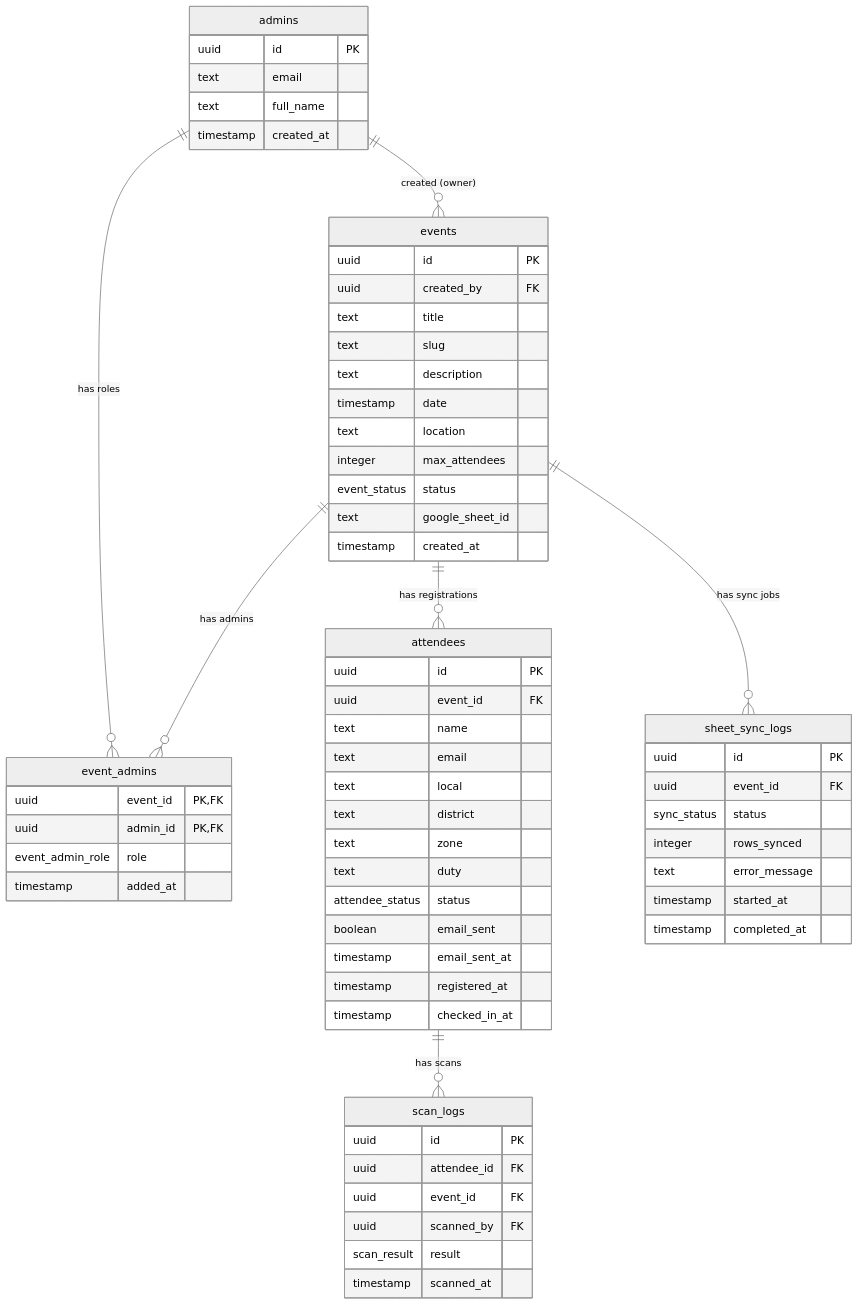
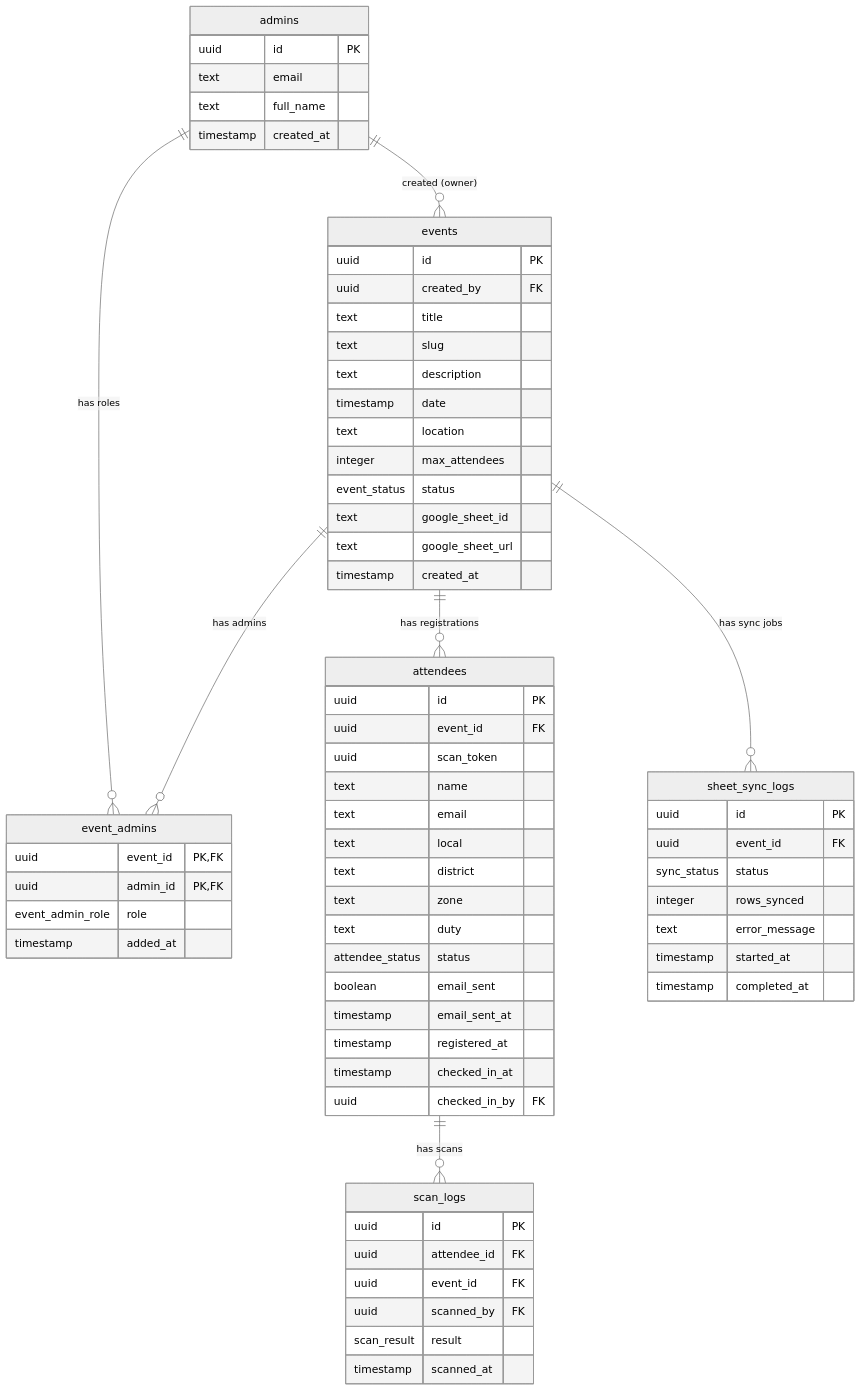
The diagram in docs/database-schema.md (christian1202/FlowCheck), drawn with Mermaid (neutral theme) before and after one commit. The commit also changed other lines of this file and 26 other files, not shown here.

````diff
--- a/docs/database-schema.md
+++ b/docs/database-schema.md
@@ -9,72 +9,75 @@
 ```mermaid
 erDiagram
     admins ||--o{ event_admins : "has roles"
     events ||--o{ event_admins : "has admins"
     events ||--o{ attendees : "has registrations"
     events ||--o{ sheet_sync_logs : "has sync jobs"
     attendees ||--o{ scan_logs : "has scans"
     admins ||--o{ events : "created (owner)"
 
     admins {
         uuid id PK
         text email
         text full_name
         timestamp created_at
     }
 
     events {
         uuid id PK
         uuid created_by FK
         text title
         text slug
         text description
         timestamp date
         text location
         integer max_attendees
         event_status status
         text google_sheet_id
+        text google_sheet_url
         timestamp created_at
     }
 
     event_admins {
         uuid event_id PK, FK
         uuid admin_id PK, FK
         event_admin_role role
         timestamp added_at
     }
 
     attendees {
         uuid id PK
         uuid event_id FK
+        uuid scan_token
         text name
         text email
         text local
         text district
         text zone
         text duty
         attendee_status status
         boolean email_sent
         timestamp email_sent_at
         timestamp registered_at
         timestamp checked_in_at
+        uuid checked_in_by FK
     }
 
     scan_logs {
         uuid id PK
         uuid attendee_id FK
         uuid event_id FK
         uuid scanned_by FK
         scan_result result
         timestamp scanned_at
     }
 
     sheet_sync_logs {
         uuid id PK
         uuid event_id FK
         sync_status status
         integer rows_synced
         text error_message
         timestamp started_at
         timestamp completed_at
     }
 ```
````
